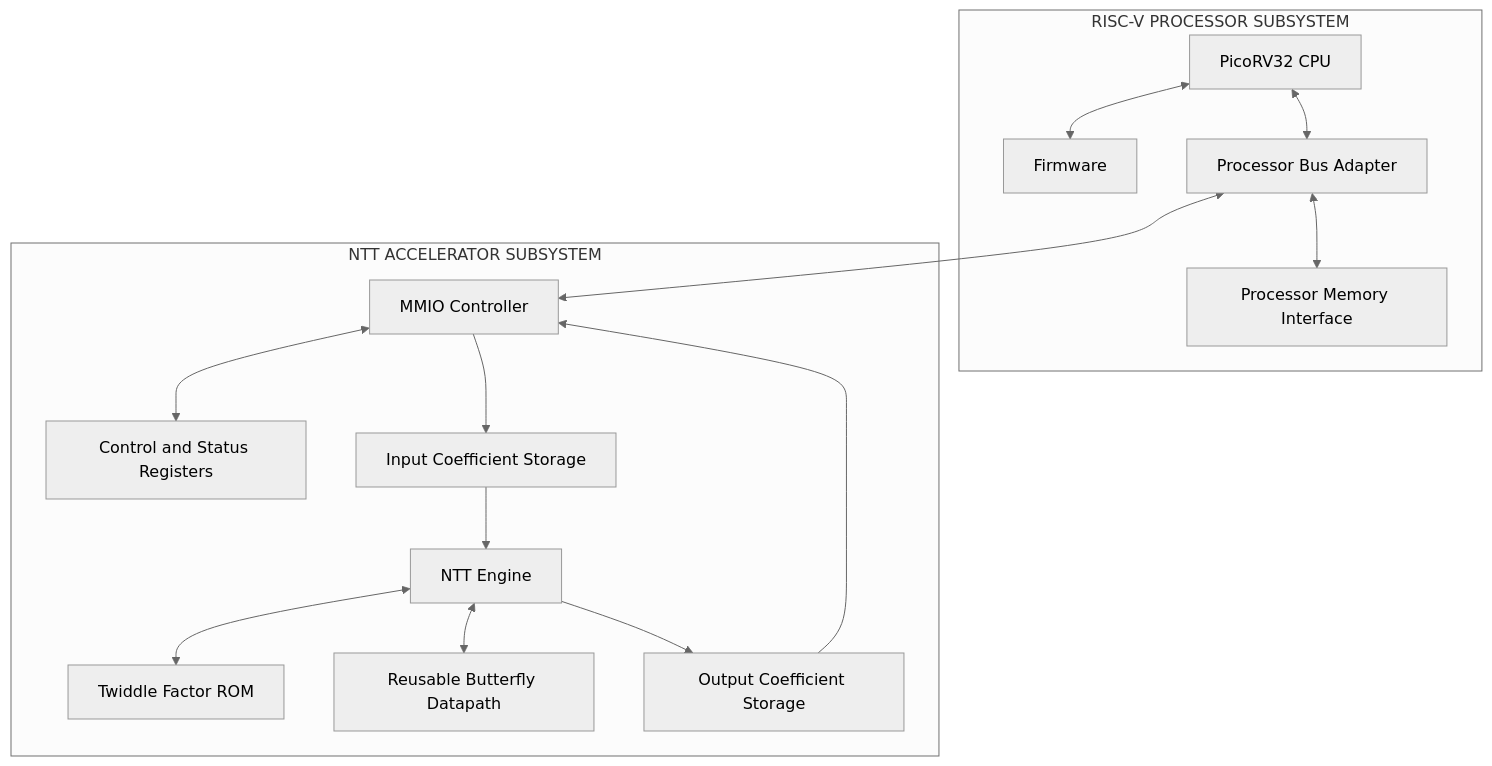
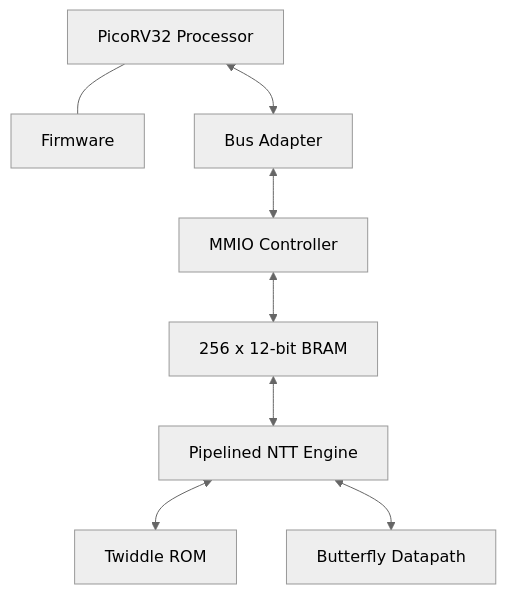
Before and after one commit to Harshima-Joshi15/riscv-ntt-accelerator: the diagram in README.md, drawn with Mermaid (neutral theme). The commit also changed other lines of this file, not shown here.

````diff
--- a/README.md
+++ b/README.md
@@ -55,33 +32,19 @@
 ```mermaid
 flowchart TB
-    subgraph PROCESSOR["RISC-V PROCESSOR SUBSYSTEM"]
-        CPU["PicoRV32 CPU"]
-        FW["Firmware"]
-        BUS["Processor Bus Adapter"]
-        MEM["Processor Memory Interface"]
+    CPU["PicoRV32 Processor"]
+    FW["Firmware"]
+    BUS["Bus Adapter"]
+    MMIO["MMIO Controller"]
+    BRAM["256 x 12-bit BRAM"]
+    NTT["Pipelined NTT Engine"]
+    ROM["Twiddle ROM"]
+    BF["Butterfly Datapath"]
 
-        CPU <--> FW
-        CPU <--> BUS
-        BUS <--> MEM
-    end
-
-    subgraph ACCELERATOR["NTT ACCELERATOR SUBSYSTEM"]
-        MMIO["MMIO Controller"]
-        CTRL["Control and Status Registers"]
-        INPUT["Input Coefficient Storage"]
-        ENGINE["NTT Engine"]
-        TWIDDLE["Twiddle Factor ROM"]
-        BUTTERFLY["Reusable Butterfly Datapath"]
-        OUTPUT["Output Coefficient Storage"]
-
-        MMIO <--> CTRL
-        MMIO --> INPUT
-        INPUT --> ENGINE
-        ENGINE <--> TWIDDLE
-        ENGINE <--> BUTTERFLY
-        ENGINE --> OUTPUT
-        OUTPUT --> MMIO
-    end
-
+    CPU --- FW
+    CPU <--> BUS
     BUS <--> MMIO
+    MMIO <--> BRAM
+    BRAM <--> NTT
+    NTT <--> ROM
+    NTT <--> BF
 ```
````
